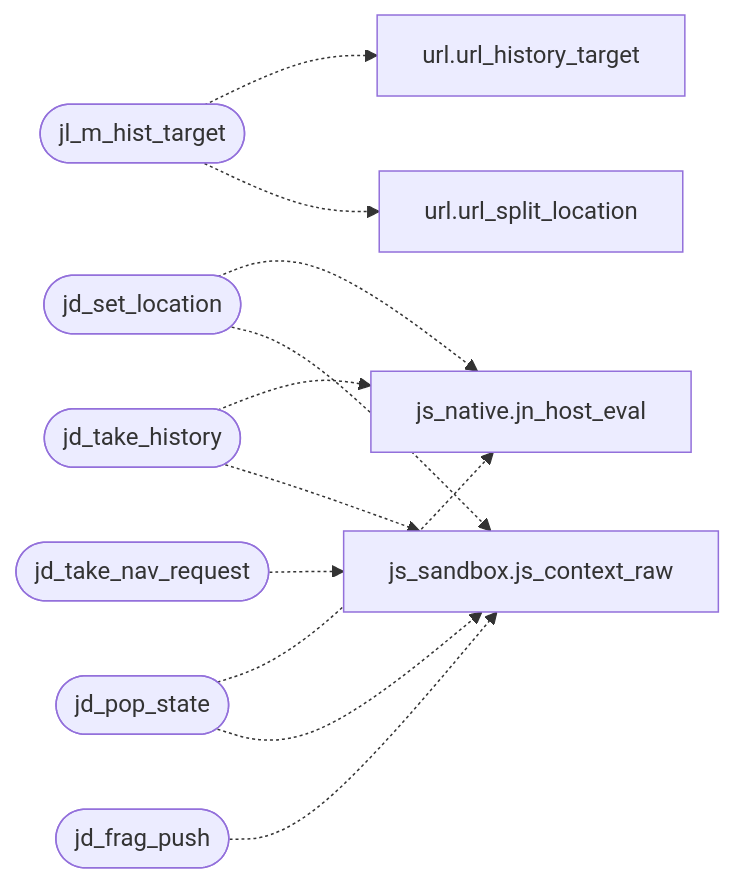
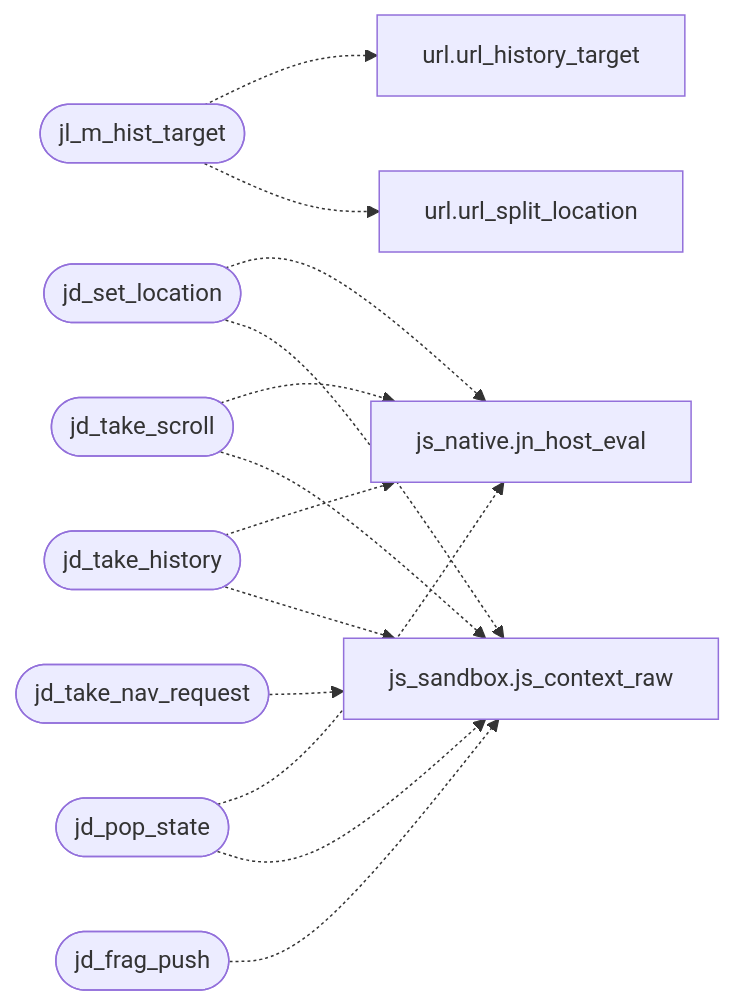
One commit to grisuno/FreeDom changed the diagram in readmenator-apidocs/modules/src.js_location.c.md. Above: the diagram before and after it, drawn with Mermaid. The commit also changed other lines of this file and 244 other files, not shown here.

````diff
--- a/readmenator-apidocs/modules/src.js_location.c.md
+++ b/readmenator-apidocs/modules/src.js_location.c.md
@@ -13,23 +13,26 @@
 ```mermaid
 flowchart LR
     n_src_js_location_c__jl_m_hist_target(["jl_m_hist_target"])
     n_src_url_c__url_history_target["url.url_history_target"]
     n_src_url_c__url_split_location["url.url_split_location"]
     n_src_js_location_c__jd_set_location(["jd_set_location"])
     n_src_js_native_c__jn_host_eval["js_native.jn_host_eval"]
     n_src_js_sandbox_c__js_context_raw["js_sandbox.js_context_raw"]
     n_src_js_location_c__jd_take_nav_request(["jd_take_nav_request"])
+    n_src_js_location_c__jd_take_scroll(["jd_take_scroll"])
     n_src_js_location_c__jd_take_history(["jd_take_history"])
     n_src_js_location_c__jd_frag_push(["jd_frag_push"])
     n_src_js_location_c__jd_pop_state(["jd_pop_state"])
     n_src_js_location_c__jl_m_hist_target -.-> n_src_url_c__url_history_target
     n_src_js_location_c__jl_m_hist_target -.-> n_src_url_c__url_split_location
     n_src_js_location_c__jd_set_location -.-> n_src_js_native_c__jn_host_eval
     n_src_js_location_c__jd_set_location -.-> n_src_js_sandbox_c__js_context_raw
     n_src_js_location_c__jd_take_nav_request -.-> n_src_js_sandbox_c__js_context_raw
+    n_src_js_location_c__jd_take_scroll -.-> n_src_js_native_c__jn_host_eval
+    n_src_js_location_c__jd_take_scroll -.-> n_src_js_sandbox_c__js_context_raw
     n_src_js_location_c__jd_take_history -.-> n_src_js_native_c__jn_host_eval
     n_src_js_location_c__jd_take_history -.-> n_src_js_sandbox_c__js_context_raw
     n_src_js_location_c__jd_frag_push -.-> n_src_js_sandbox_c__js_context_raw
     n_src_js_location_c__jd_pop_state -.-> n_src_js_native_c__jn_host_eval
     n_src_js_location_c__jd_pop_state -.-> n_src_js_sandbox_c__js_context_raw
 ```
````
